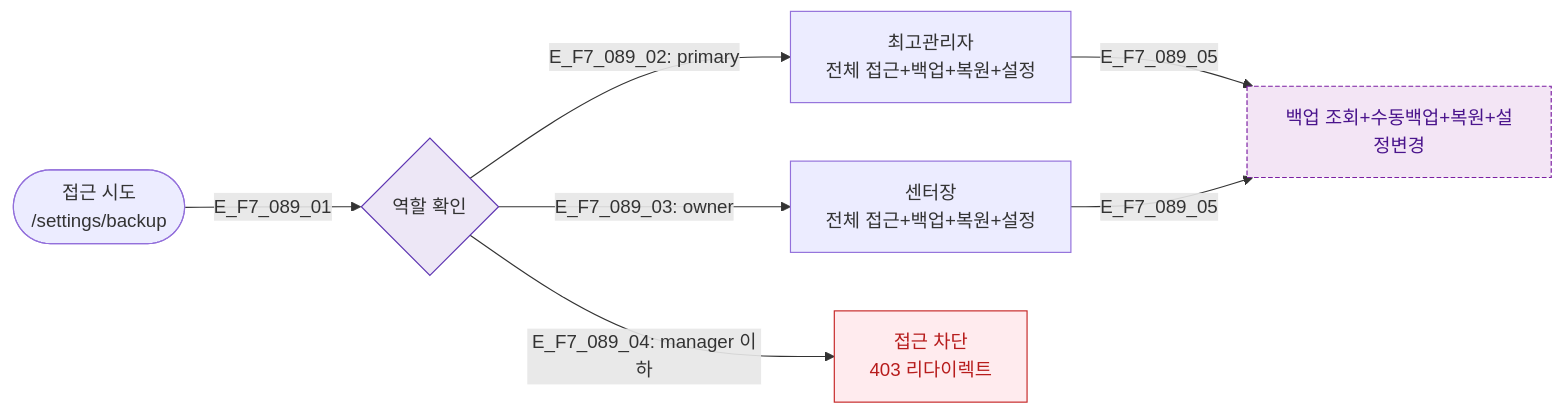
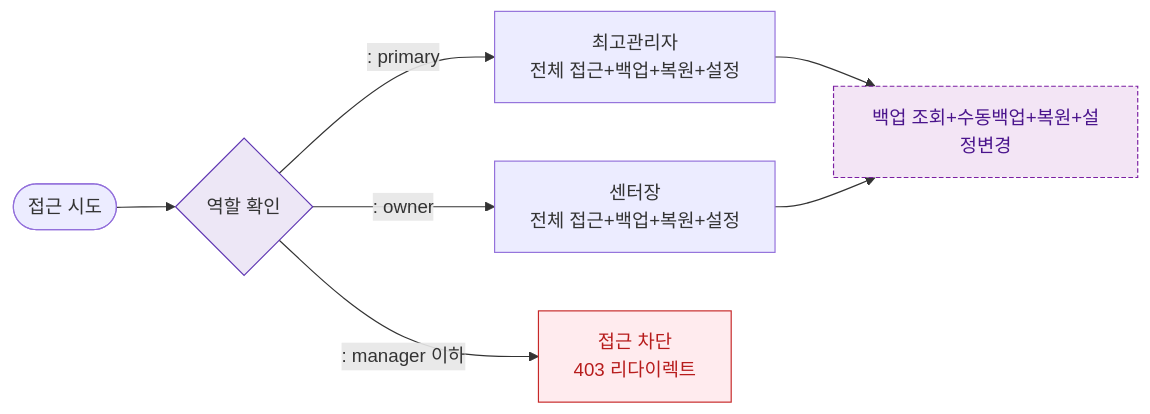
Before and after one commit to dev-spogym/admin-pando: the diagram in docs/다이어그램/D09_설정관리/SCR-089_데이터백업복원/F7_권한RBAC.md, drawn with Mermaid. The commit also changed other lines of this file and 1660 other files, not shown here.

First line of the commit message:
다이어그램: 기획자/클라이언트 납품본으로 정리

````diff
--- a/docs/다이어그램/D09_설정관리/SCR-089_데이터백업복원/F7_권한RBAC.md
+++ b/docs/다이어그램/D09_설정관리/SCR-089_데이터백업복원/F7_권한RBAC.md
@@ -14,19 +12,19 @@
 ```mermaid
 flowchart LR
-    User([접근 시도\n/settings/backup])
-    User -->|E_F7_089_01| RoleCheck{역할 확인}
+    User([접근 시도\n])
+    User --> RoleCheck{역할 확인}
 
-    RoleCheck -->|"E_F7_089_02: primary"| P[최고관리자\n전체 접근+백업+복원+설정]
-    RoleCheck -->|"E_F7_089_03: owner"| O[센터장\n전체 접근+백업+복원+설정]
-    RoleCheck -->|"E_F7_089_04: manager 이하"| Blocked[접근 차단\n403 리다이렉트]
+    RoleCheck -->|": primary"|P[최고관리자\n전체 접근+백업+복원+설정]
+    RoleCheck -->|": owner"|O[센터장\n전체 접근+백업+복원+설정]
+    RoleCheck -->|": manager 이하"|Blocked[접근 차단\n403 리다이렉트]
 
-    P & O -->|E_F7_089_05| FullAccess[백업 조회+수동백업+복원+설정변경]
+    P & O --> FullAccess[백업 조회+수동백업+복원+설정변경]
 
     classDef screen fill:#E3F2FD,stroke:#1976D2,color:#0D47A1
     classDef newFeature fill:#F3E5F5,stroke:#7B1FA2,color:#4A148C,stroke-dasharray:4 2
     classDef error fill:#FFEBEE,stroke:#C62828,color:#B71C1C
     classDef system fill:#EDE7F6,stroke:#5E35B2
     class FullAccess newFeature
     class Blocked error
     class RoleCheck system
 ```
````
